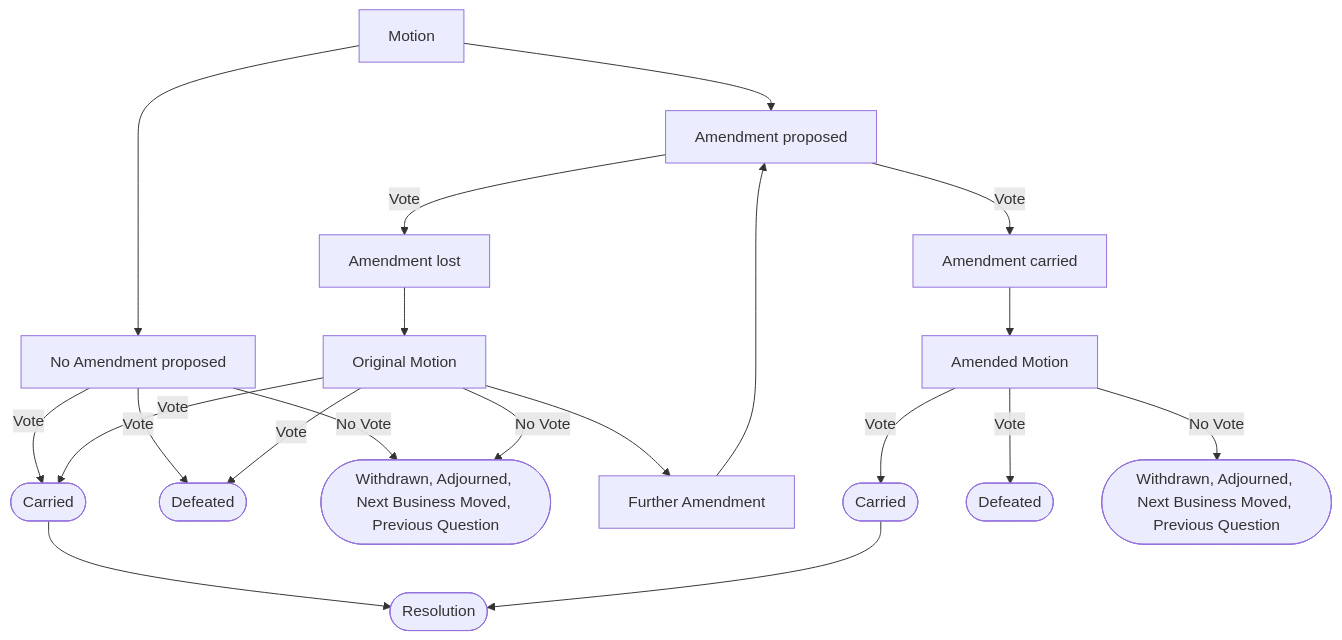
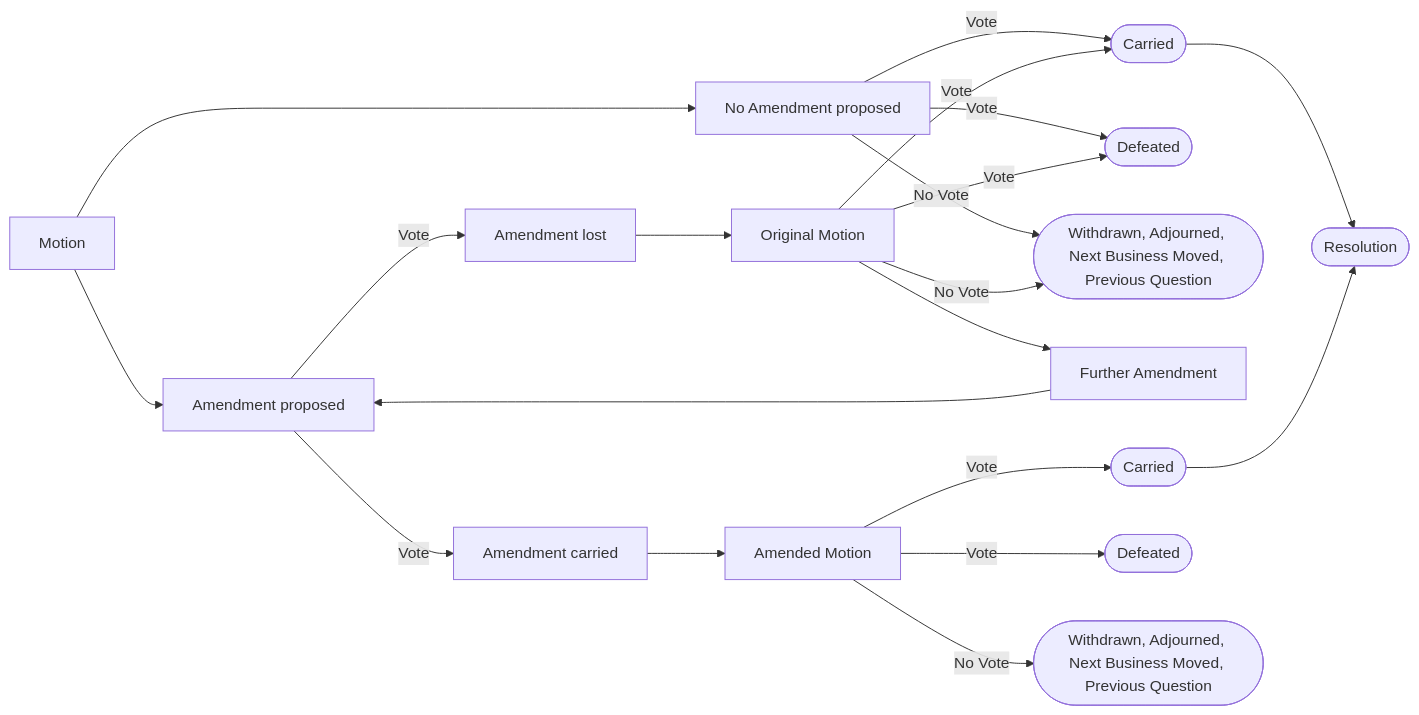
The second of 3 diagrams in charts.markdown (mwgribben/abc-of-chairmanship), drawn with Mermaid before and after one commit.

```diff
--- a/charts.markdown
+++ b/charts.markdown
@@ -43,28 +43,28 @@
 <div class="mermaid">
-graph TB
+graph LR
 A[Motion] --> B[No Amendment proposed] & C[Amendment proposed]
 
 B --Vote--> D([Carried]) & E([Defeated])
 
 B --No Vote--> F([Withdrawn, Adjourned, Next Business Moved, Previous Question])
 
 C --Vote--> J[Amendment lost] & K[Amendment carried]
 
 J --> L[Original Motion]
 
 L --No Vote--> F
 
 L --Vote--> D & E
 
 L --> M[Further Amendment]
 
 M --> C
 
 K --> N[Amended Motion]
 
 N --Vote--> O([Carried]) & P([Defeated])
 
 N --No Vote--> Q([Withdrawn, Adjourned, Next Business Moved, Previous Question])
 
 D & O --> R([Resolution])
 </div>
```
